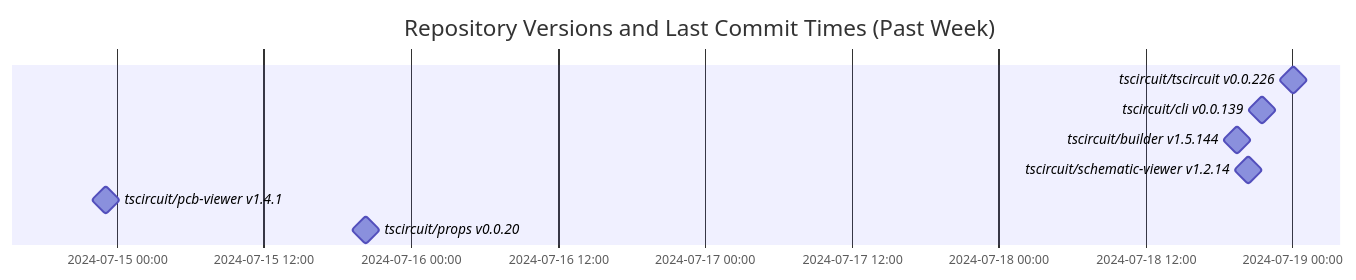
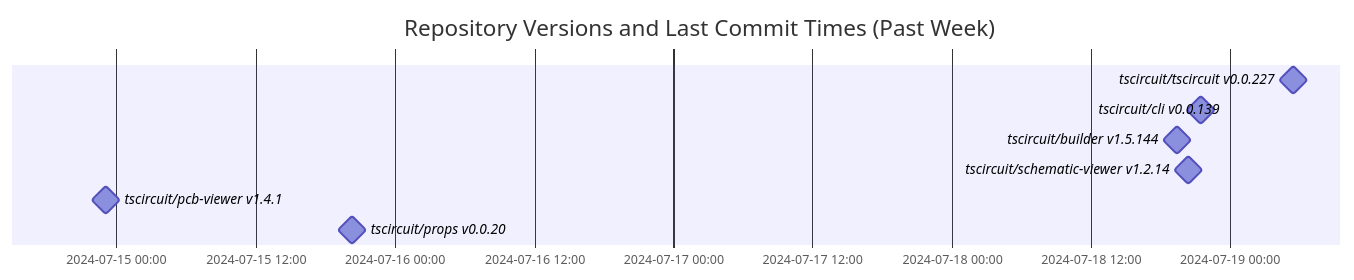
The diagram in README.md (tscircuit/version-tracker), drawn with Mermaid before and after one commit.

Commit message:
Update chart

````diff
--- a/README.md
+++ b/README.md
@@ -1,13 +1,13 @@
 ```mermaid
 gantt
   dateFormat  YYYY-MM-DD HH:mm:ss
   title Repository Versions and Last Commit Times (Past Week)
   axisFormat %Y-%m-%d %H:%M
 
-  tscircuit/tscircuit v0.0.226 : milestone, 2024-07-19 00:03:32, 1s
+  tscircuit/tscircuit v0.0.227 : milestone, 2024-07-19 05:26:54, 1s
   tscircuit/cli v0.0.139 : milestone, 2024-07-18 21:27:51, 1s
   tscircuit/builder v1.5.144 : milestone, 2024-07-18 19:27:51, 1s
   tscircuit/schematic-viewer v1.2.14 : milestone, 2024-07-18 20:20:40, 1s
   tscircuit/pcb-viewer v1.4.1 : milestone, 2024-07-14 23:05:20, 1s
   tscircuit/props v0.0.20 : milestone, 2024-07-15 20:19:59, 1s
 ```
````
